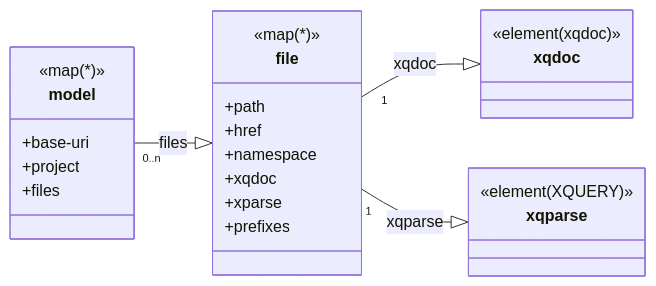
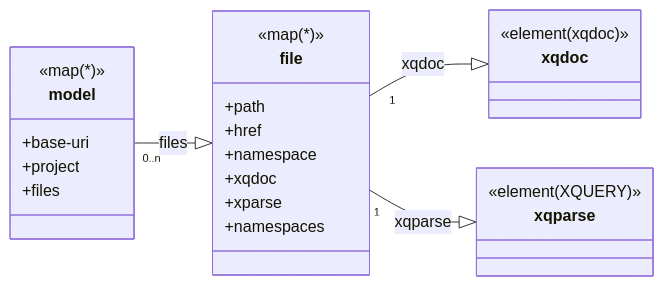
Before and after one commit to Quodatum/xqdoca: the diagram in README.md, drawn with Mermaid. The commit also changed other lines of this file and 8 other files, not shown here.

````diff
--- a/README.md
+++ b/README.md
@@ -205,28 +179,28 @@
 ```mermaid
 classDiagram
    direction LR
    class model{
    <<map(*)>>
    +base-uri
    +project
    +files
    }
    class file{
     <<map(*)>>
     +path
     +href
     +namespace
     +xqdoc
     +xparse
-    +prefixes
+    +namespaces
    }
    class xqdoc{
     <<element(xqdoc)>>
     }
    class xqparse {
    <<element(XQUERY)>>
    }
    model "0..n" --|> file : files
    file "1" --|> xqdoc : xqdoc
    file "1" --|> xqparse : xqparse
 ```
````
